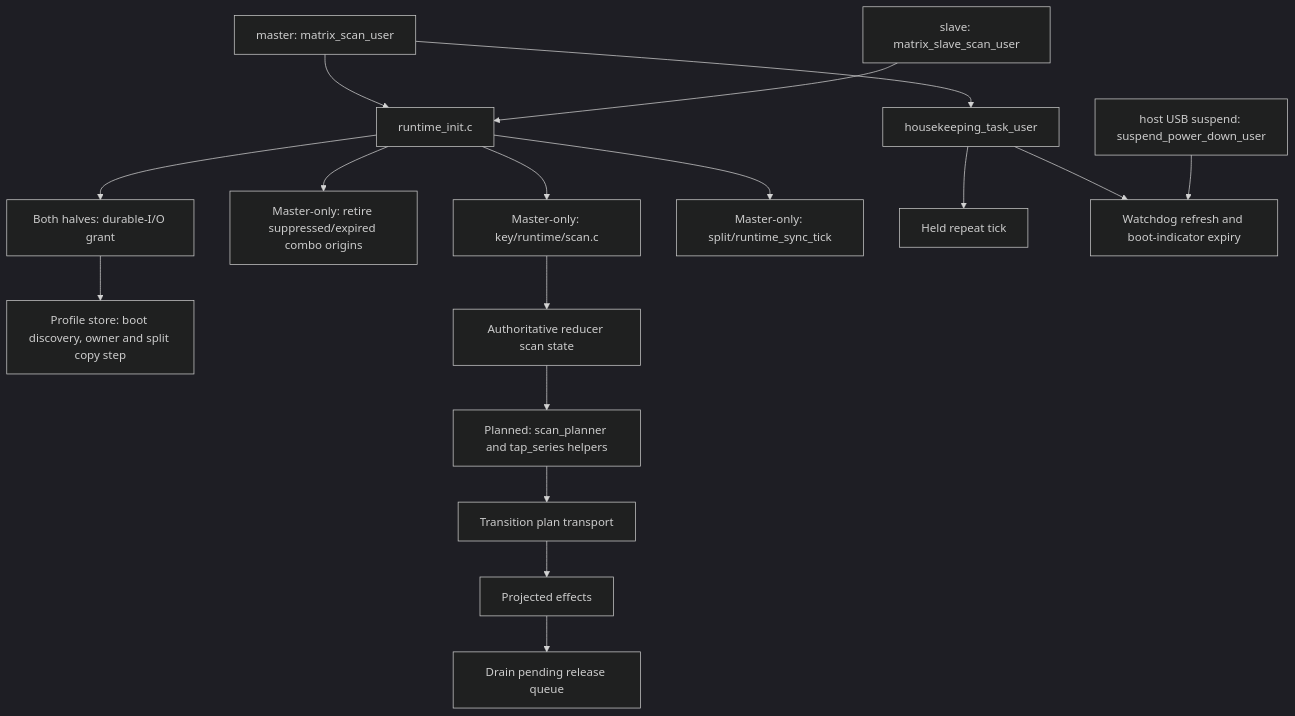
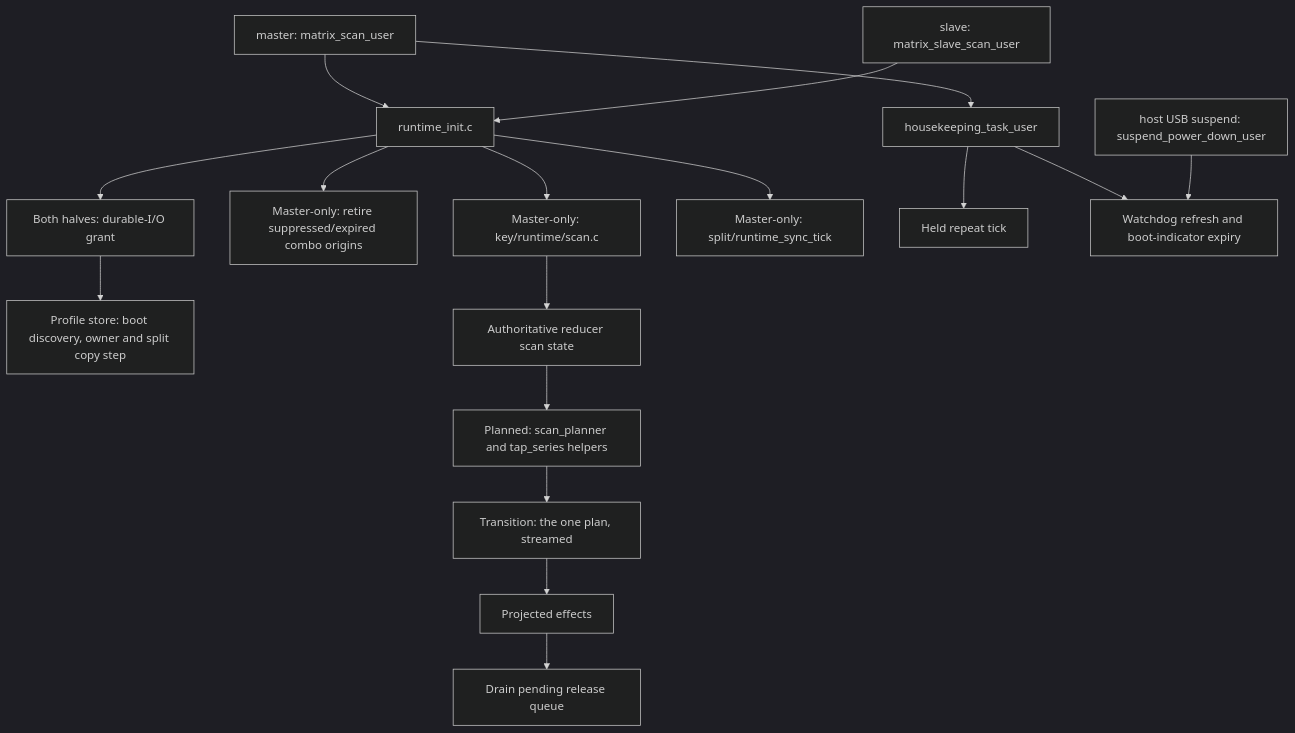
The fourth of 12 diagrams in docs/architecture/runtime-flow.md (NoahCLR/charybdis-4x6), drawn with Mermaid (dark theme) before and after one commit. The commit also changed other lines of this file and 5 other files, not shown here.

First line of the commit message:
The handled press and release plan in their own frames, and the stack manifest follows the one plan

````diff
--- a/docs/architecture/runtime-flow.md
+++ b/docs/architecture/runtime-flow.md
@@ -165,19 +166,19 @@
 ```mermaid
 flowchart TD
     master_scan["master: matrix_scan_user"] --> init["runtime_init.c"]
     slave_scan["slave: matrix_slave_scan_user"] --> init
     init --> durable["Both halves: durable-I/O grant"]
     durable --> discovery["Profile store: boot discovery, owner and split copy step"]
     init --> combo["Master-only: retire suppressed/expired combo origins"]
     init --> key_scan["Master-only: key/runtime/scan.c"]
     key_scan --> reducer_scan["Authoritative reducer scan state"]
     reducer_scan --> scan_plan["Planned: scan_planner and tap_series helpers"]
-    scan_plan --> transition["Transition plan transport"]
+    scan_plan --> transition["Transition: the one plan, streamed"]
     transition --> projection["Projected effects"]
     projection --> pending["Drain pending release queue"]
     init --> split["Master-only: split/runtime_sync_tick"]
     master_scan --> housekeeping["housekeeping_task_user"]
     housekeeping --> repeat["Held repeat tick"]
     housekeeping --> diag["Watchdog refresh and boot-indicator expiry"]
     usb_suspend["host USB suspend: suspend_power_down_user"] --> diag
 ```
````
